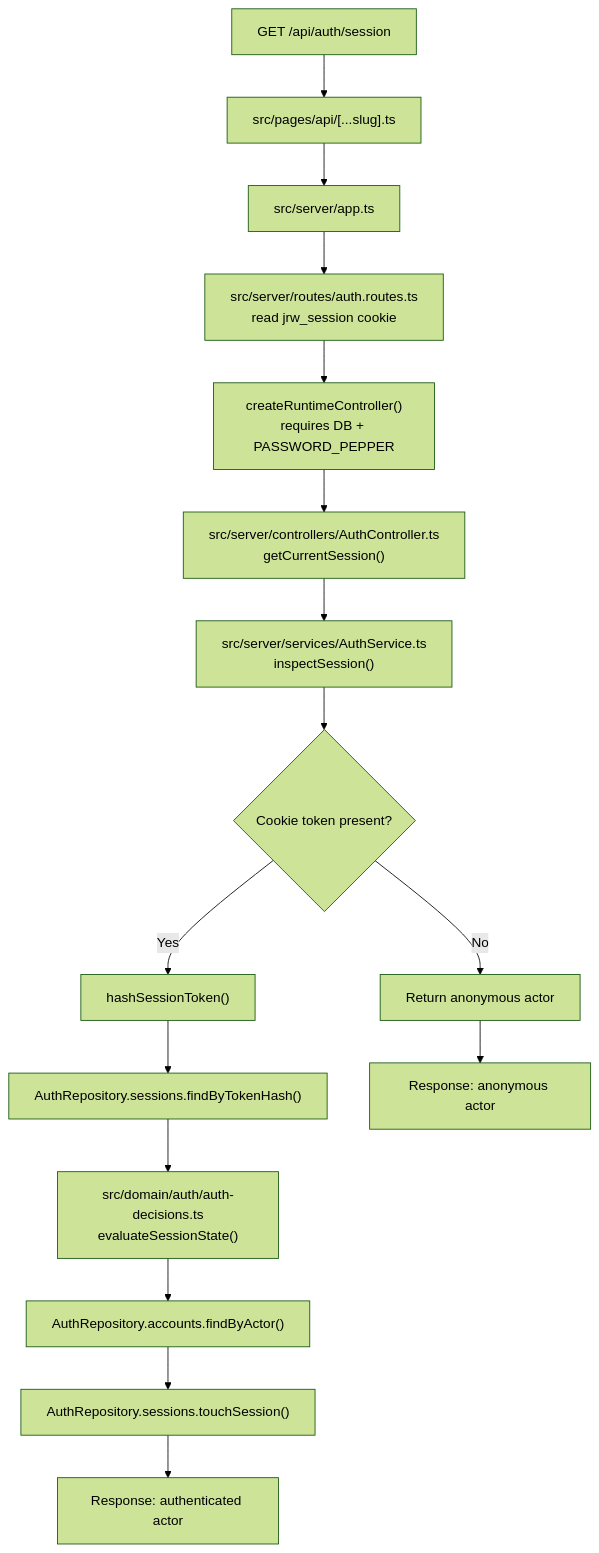
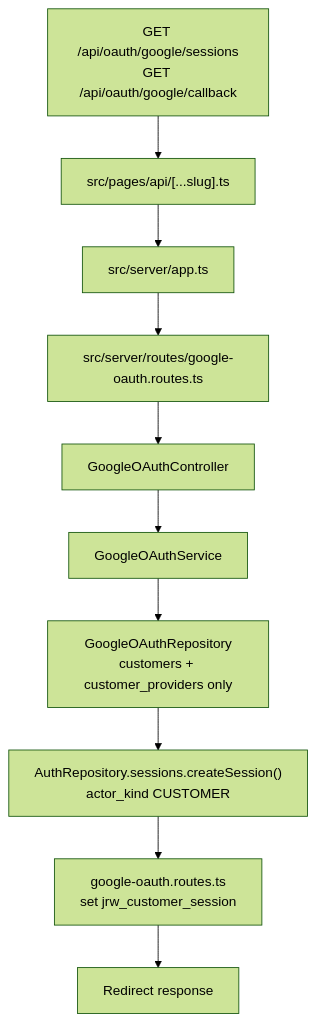
Before and after one commit to JeroTan/jrw-webapp: the seventh of 21 diagrams in docs/api-file-flow.md, drawn with Mermaid (forest theme). The commit also changed other lines of this file and 37 other files, not shown here.

````diff
--- a/docs/api-file-flow.md
+++ b/docs/api-file-flow.md
@@ -113,18 +140,12 @@
 ```mermaid
 flowchart TD
-  A["GET /api/auth/session"] --> B["src/pages/api/[...slug].ts"]
+  A["GET /api/oauth/google/sessions<br/>GET /api/oauth/google/callback"] --> B["src/pages/api/[...slug].ts"]
   B --> C["src/server/app.ts"]
-  C --> D["src/server/routes/auth.routes.ts<br/>read jrw_session cookie"]
-  D --> E["createRuntimeController()<br/>requires DB + PASSWORD_PEPPER"]
-  E --> F["src/server/controllers/AuthController.ts<br/>getCurrentSession()"]
-  F --> G["src/server/services/AuthService.ts<br/>inspectSession()"]
-  G --> H{"Cookie token present?"}
-  H -->|"No"| I["Return anonymous actor"]
-  H -->|"Yes"| J["hashSessionToken()"]
-  J --> K["AuthRepository.sessions.findByTokenHash()"]
-  K --> L["src/domain/auth/auth-decisions.ts<br/>evaluateSessionState()"]
-  L --> M["AuthRepository.accounts.findByActor()"]
-  M --> N["AuthRepository.sessions.touchSession()"]
-  N --> O["Response: authenticated actor"]
-  I --> P["Response: anonymous actor"]
+  C --> D["src/server/routes/google-oauth.routes.ts"]
+  D --> E["GoogleOAuthController"]
+  E --> F["GoogleOAuthService"]
+  F --> G["GoogleOAuthRepository<br/>customers + customer_providers only"]
+  G --> H["AuthRepository.sessions.createSession()<br/>actor_kind CUSTOMER"]
+  H --> I["google-oauth.routes.ts<br/>set jrw_customer_session"]
+  I --> J["Redirect response"]
 ```
````
